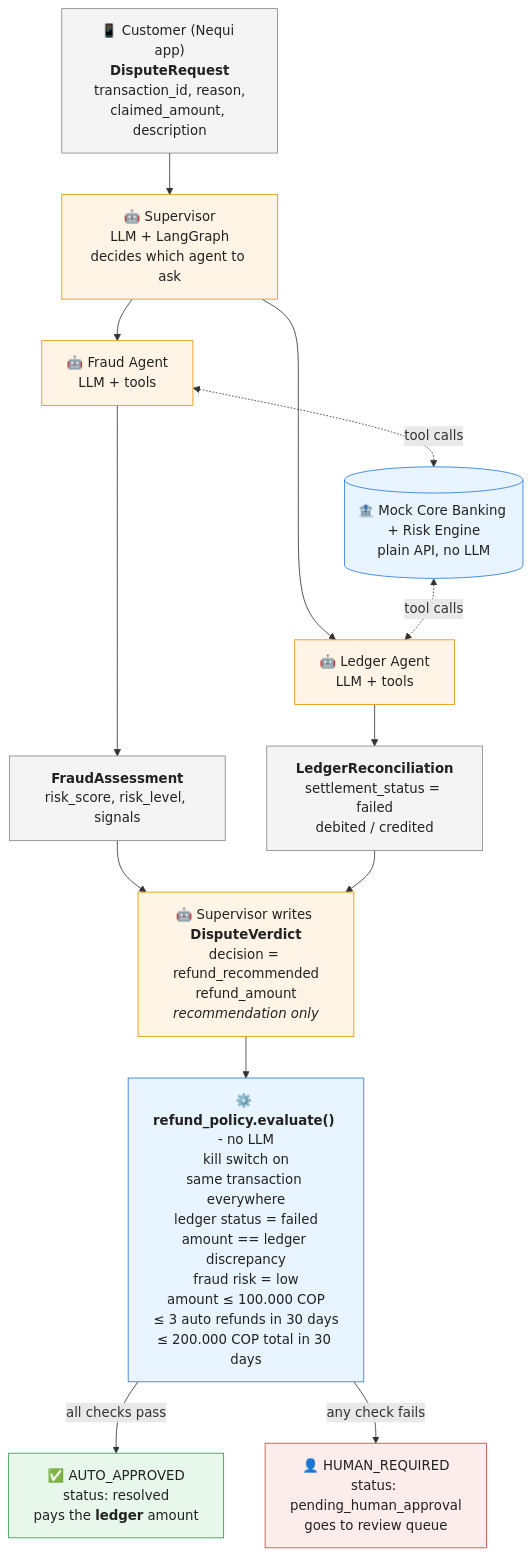
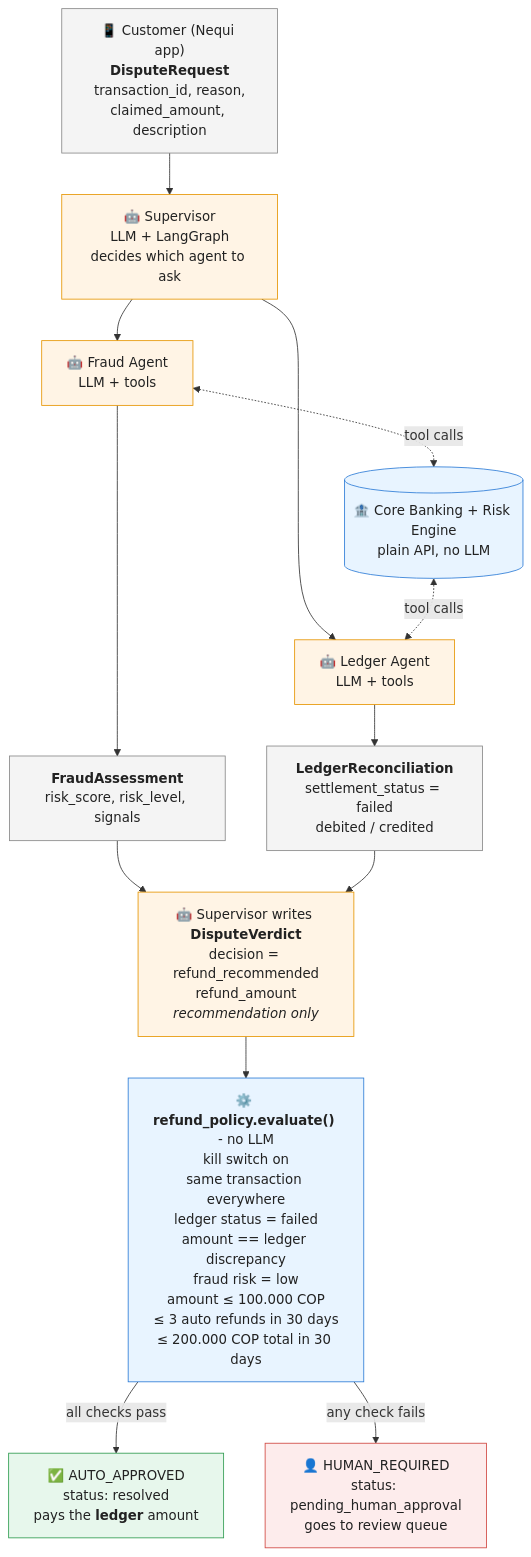
One commit to mangeleth/nequi-bank-agent-demo changed the second of 2 diagrams in README.md. Above: the diagram before and after it, drawn with Mermaid. The commit also changed other lines of this file and 7 other files, not shown here.

````diff
--- a/README.md
+++ b/README.md
@@ -14,38 +62,38 @@
 ```mermaid
 flowchart TD
     customer["📱 Customer (Nequi app)<br/><b>DisputeRequest</b><br/>transaction_id, reason,<br/>claimed_amount, description"]
     supervisor["🤖 Supervisor<br/>LLM + LangGraph<br/>decides which agent to ask"]
     fraud["🤖 Fraud Agent<br/>LLM + tools"]
     ledger["🤖 Ledger Agent<br/>LLM + tools"]
-    core[("🏦 Mock Core Banking + Risk Engine<br/>plain API, no LLM")]
+    core[("🏦 Core Banking + Risk Engine<br/>plain API, no LLM")]
     fa["<b>FraudAssessment</b><br/>risk_score, risk_level, signals"]
     lr["<b>LedgerReconciliation</b><br/>settlement_status = failed<br/>debited / credited"]
     verdict["🤖 Supervisor writes <b>DisputeVerdict</b><br/>decision = refund_recommended<br/>refund_amount<br/><i>recommendation only</i>"]
     policy["⚙️ <b>refund_policy.evaluate()</b> - no LLM<br/>kill switch on<br/>same transaction everywhere<br/>ledger status = failed<br/>amount == ledger discrepancy<br/>fraud risk = low<br/>amount ≤ 100.000 COP<br/>≤ 3 auto refunds in 30 days<br/>≤ 200.000 COP total in 30 days"]
     auto["✅ AUTO_APPROVED<br/>status: resolved<br/>pays the <b>ledger</b> amount"]
     human["👤 HUMAN_REQUIRED<br/>status: pending_human_approval<br/>goes to review queue"]
 
     customer --> supervisor
     supervisor --> fraud
     supervisor --> ledger
     fraud <-. "tool calls" .-> core
     core <-. "tool calls" .-> ledger
     fraud --> fa
     ledger --> lr
     fa --> verdict
     lr --> verdict
     verdict --> policy
     policy -- "all checks pass" --> auto
     policy -- "any check fails" --> human
 
     classDef llm fill:#fff4e5,stroke:#e69500,color:#222
     classDef det fill:#e8f4ff,stroke:#2b7bd6,color:#222
     classDef data fill:#f4f4f4,stroke:#888,color:#222
     classDef ok fill:#e7f7ec,stroke:#2e9b4f,color:#222
     classDef review fill:#fdecec,stroke:#d0453f,color:#222
     class supervisor,fraud,ledger,verdict llm
     class core,policy det
     class customer,fa,lr data
     class auto ok
     class human review
 ```
````
